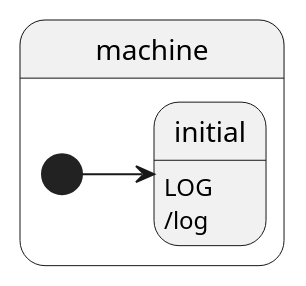
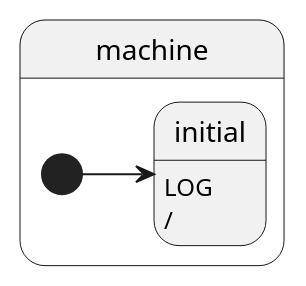
Before and after one commit to lucmartens/xstate-plantuml: the diagram in examples/actions-only.puml, drawn with PlantUML. The commit also changed 1 other file, not shown here.

```diff
--- a/examples/actions-only.puml
+++ b/examples/actions-only.puml
@@ -1,10 +1,10 @@
 @startuml
 left to right direction
 state "machine" as machine {
   [*] --> machine.initial
 
   state "initial" as machine.initial {
-    machine.initial : LOG\l/log
+    machine.initial : LOG\l/
   }
 }
 @enduml
```
